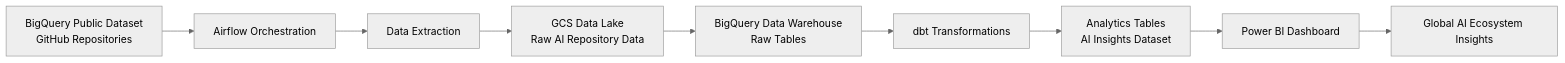
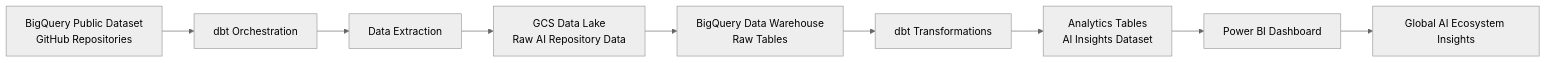
The diagram in project1/PROJECT README.md (imend35/DataTalksClub-data-engineering-zoomcamp), drawn with Mermaid (neutral theme) before and after one commit. The commit also changed other lines of this file, not shown here.

````diff
--- a/project1/PROJECT README.md
+++ b/project1/PROJECT README.md
@@ -31,20 +31,20 @@
 ```mermaid
 flowchart LR
 
-A[BigQuery Public Dataset<br>GitHub Repositories] --> B[Airflow Orchestration]
+A[BigQuery Public Dataset<br>GitHub Repositories] --> B[dbt Orchestration]
 
 B --> C[Data Extraction]
 
 C --> D[GCS Data Lake<br>Raw AI Repository Data]
 
 D --> E[BigQuery Data Warehouse<br>Raw Tables]
 
 E --> F[dbt Transformations]
 
 F --> G[Analytics Tables<br>AI Insights Dataset]
 
 G --> H[Power BI Dashboard]
 
 H --> I[Global AI Ecosystem Insights]
 
 ```
````
